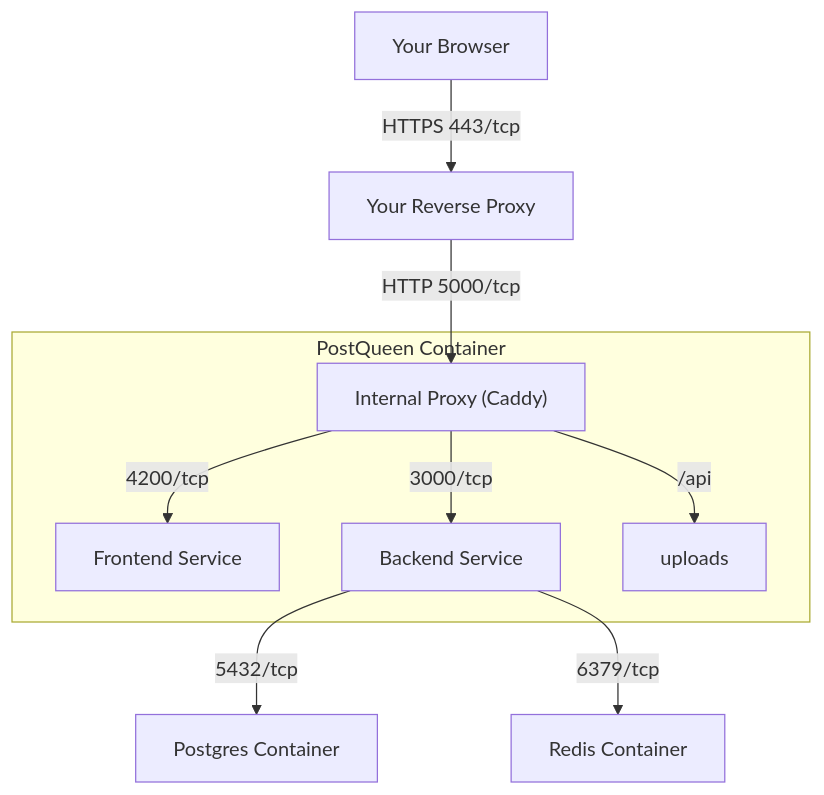
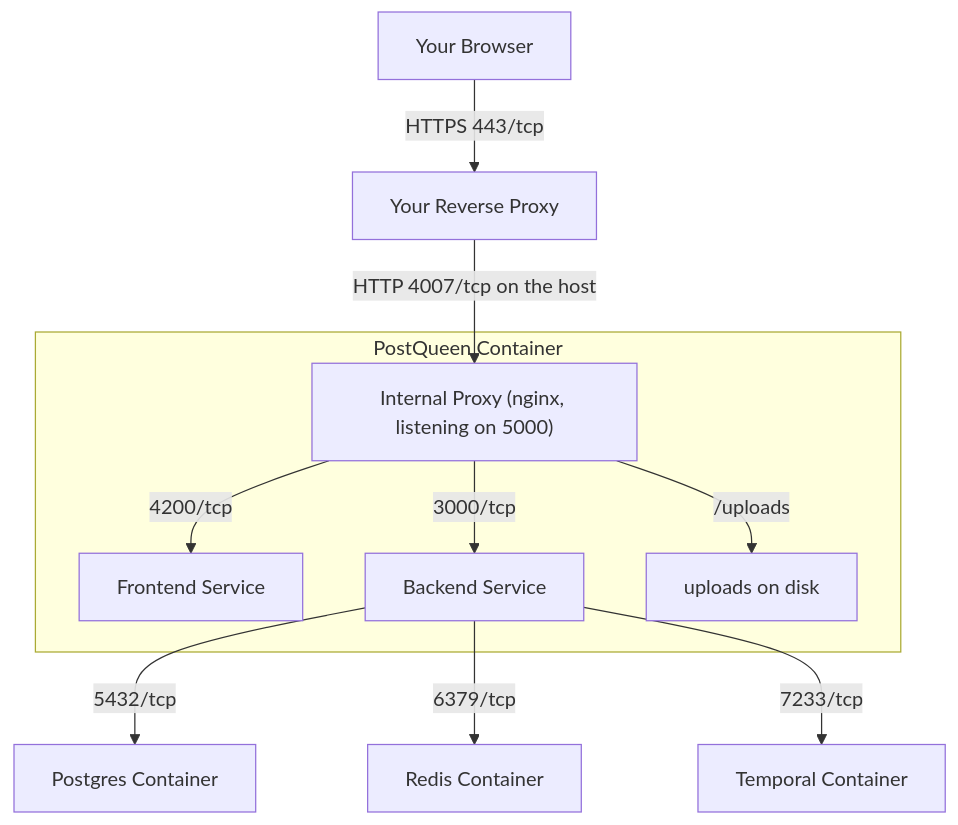
Before and after one commit to GkhanKINAY/postqueen-docs: the diagram in snippets/installation-pre-reqs.mdx, drawn with Mermaid. The commit also changed other lines of this file and 101 other files, not shown here.

````diff
--- a/snippets/installation-pre-reqs.mdx
+++ b/snippets/installation-pre-reqs.mdx
@@ -31,14 +49,15 @@
 ```mermaid
 graph TD;
 	A[Your Browser] -->|HTTPS 443/tcp| B[Your Reverse Proxy]
-	B -->|HTTP 5000/tcp| C["Internal Proxy (Caddy)"]
+	B -->|HTTP 4007/tcp on the host| C["Internal Proxy (nginx, listening on 5000)"]
 
 	subgraph "PostQueen Container"
 	C -->|4200/tcp| D[Frontend Service]
 	C -->|3000/tcp| E[Backend Service]
-    C -->|/api| H[uploads]
+    C -->|/uploads| H[uploads on disk]
 	end
 
 	E -->|5432/tcp| F[Postgres Container]
 	E -->|6379/tcp| G[Redis Container]
+	E -->|7233/tcp| I[Temporal Container]
 ```
````
